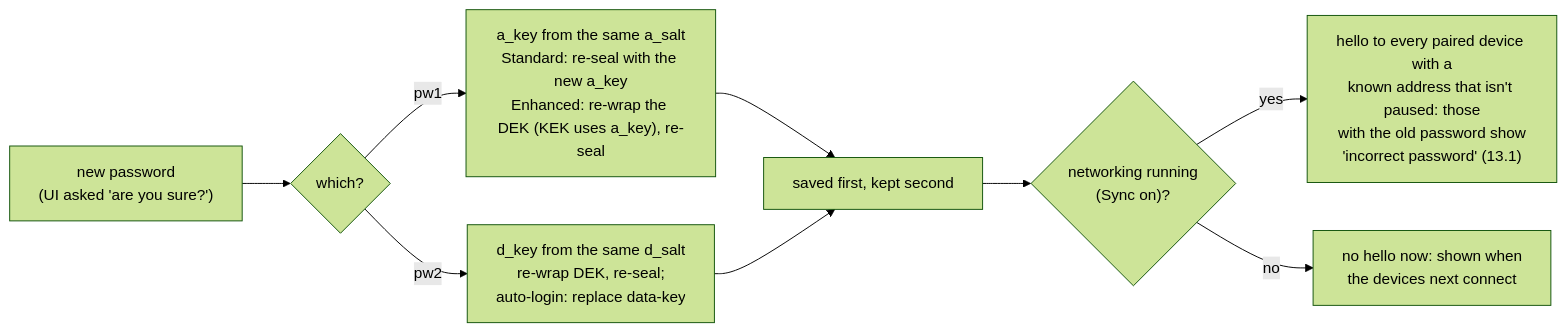
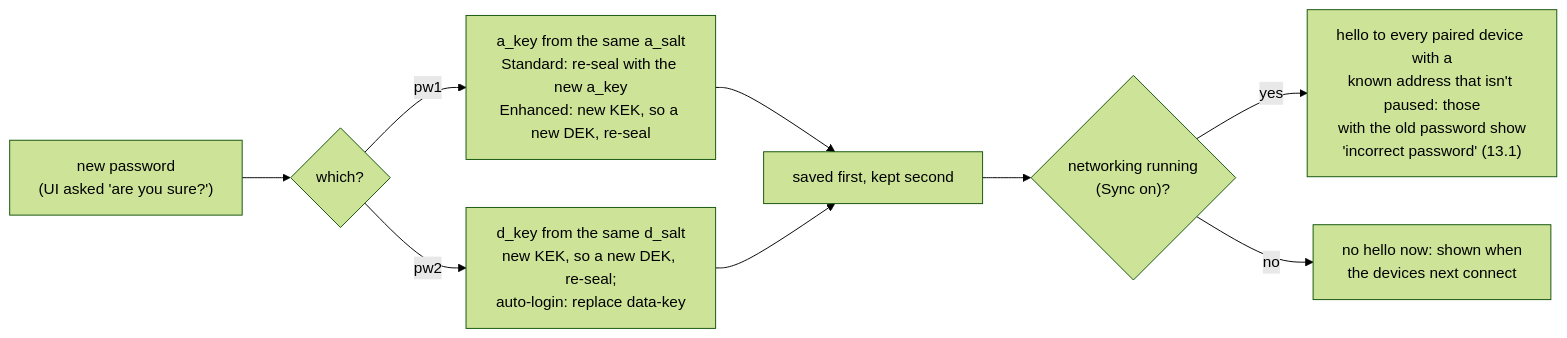
Before and after one commit to czarekkdev/cesaconn: the fourth of 5 diagrams in docs/diagrams/keys-and-storage.md, drawn with Mermaid (forest theme). The commit also changed 8 other files, not shown here.

````diff
--- a/docs/diagrams/keys-and-storage.md
+++ b/docs/diagrams/keys-and-storage.md
@@ -79,11 +79,11 @@
 ```mermaid
 flowchart LR
     new["new password<br/>(UI asked 'are you sure?')"] --> kind{"which?"}
-    kind -- pw1 --> a["a_key from the same a_salt<br/>Standard: re-seal with the new a_key<br/>Enhanced: re-wrap the DEK (KEK uses a_key), re-seal"]
-    kind -- pw2 --> d["d_key from the same d_salt<br/>re-wrap DEK, re-seal;<br/>auto-login: replace data-key"]
+    kind -- pw1 --> a["a_key from the same a_salt<br/>Standard: re-seal with the new a_key<br/>Enhanced: new KEK, so a new DEK, re-seal"]
+    kind -- pw2 --> d["d_key from the same d_salt<br/>new KEK, so a new DEK, re-seal;<br/>auto-login: replace data-key"]
     a --> saved["saved first, kept second"]
     d --> saved
     saved --> net{"networking running<br/>(Sync on)?"}
     net -- yes --> hello["hello to every paired device with a<br/>known address that isn't paused: those<br/>with the old password show<br/>'incorrect password' (13.1)"]
     net -- no --> later["no hello now: shown when<br/>the devices next connect"]
 ```
````
